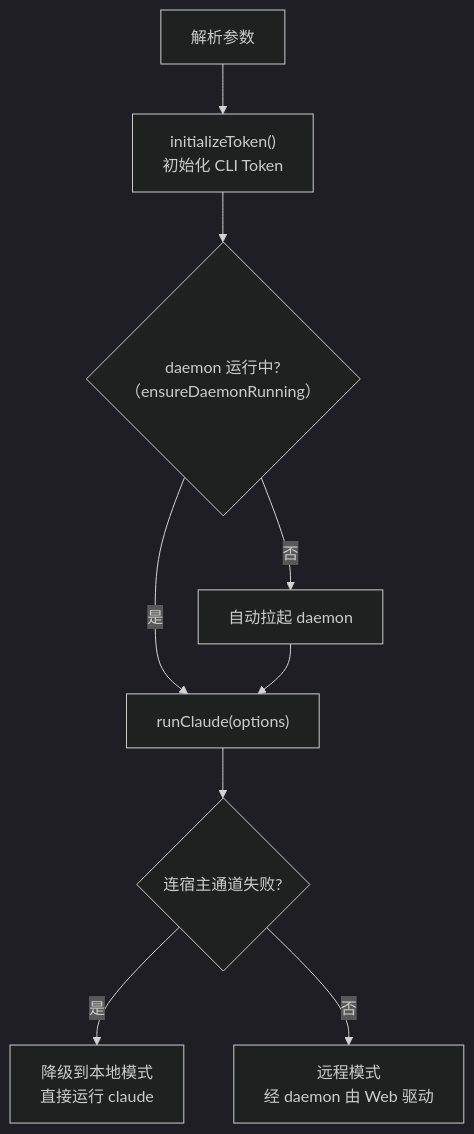
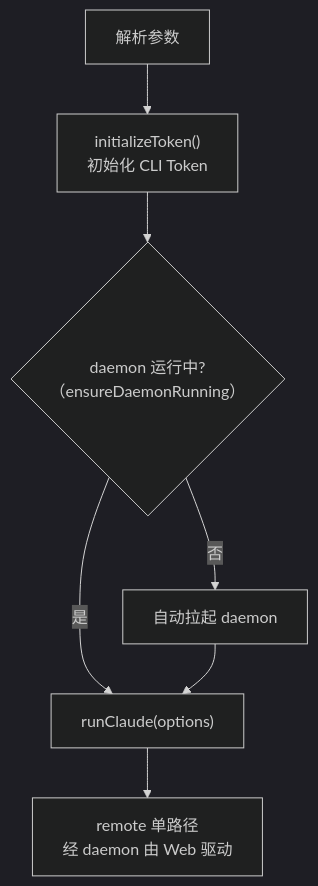
Before and after one commit to ModuBit/mobi: the third of 3 diagrams in docs/architecture/cli/README.md, drawn with Mermaid (dark theme). The commit also changed other lines of this file and 96 other files, not shown here.

````diff
--- a/docs/architecture/cli/README.md
+++ b/docs/architecture/cli/README.md
@@ -99,11 +99,9 @@
 ```mermaid
 flowchart TB
     Start["解析参数"] --> Token["initializeToken()<br/>初始化 CLI Token"]
     Token --> Daemon{"daemon 运行中?<br/>（ensureDaemonRunning）"}
     Daemon -->|否| StartDaemon["自动拉起 daemon"]
     Daemon -->|是| RunClaude["runClaude(options)"]
     StartDaemon --> RunClaude
-    RunClaude --> ConnError{"连宿主通道失败?"}
-    ConnError -->|是| LocalMode["降级到本地模式<br/>直接运行 claude"]
-    ConnError -->|否| RemoteMode["远程模式<br/>经 daemon 由 Web 驱动"]
+    RunClaude --> RemoteMode["remote 单路径<br/>经 daemon 由 Web 驱动"]
 ```
````
